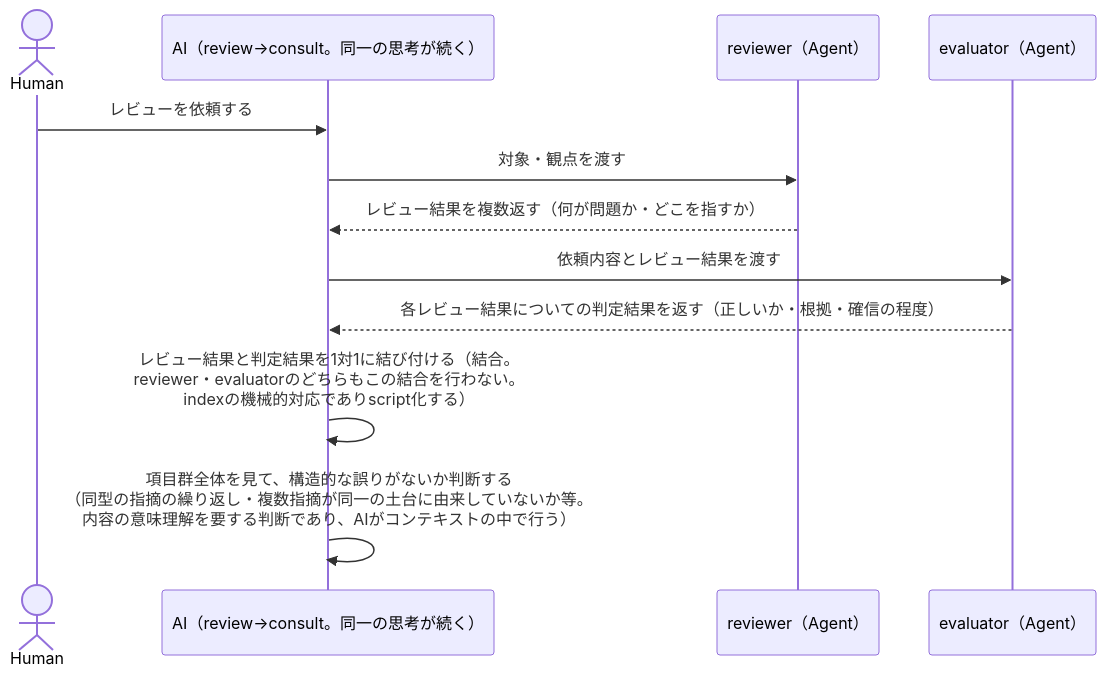
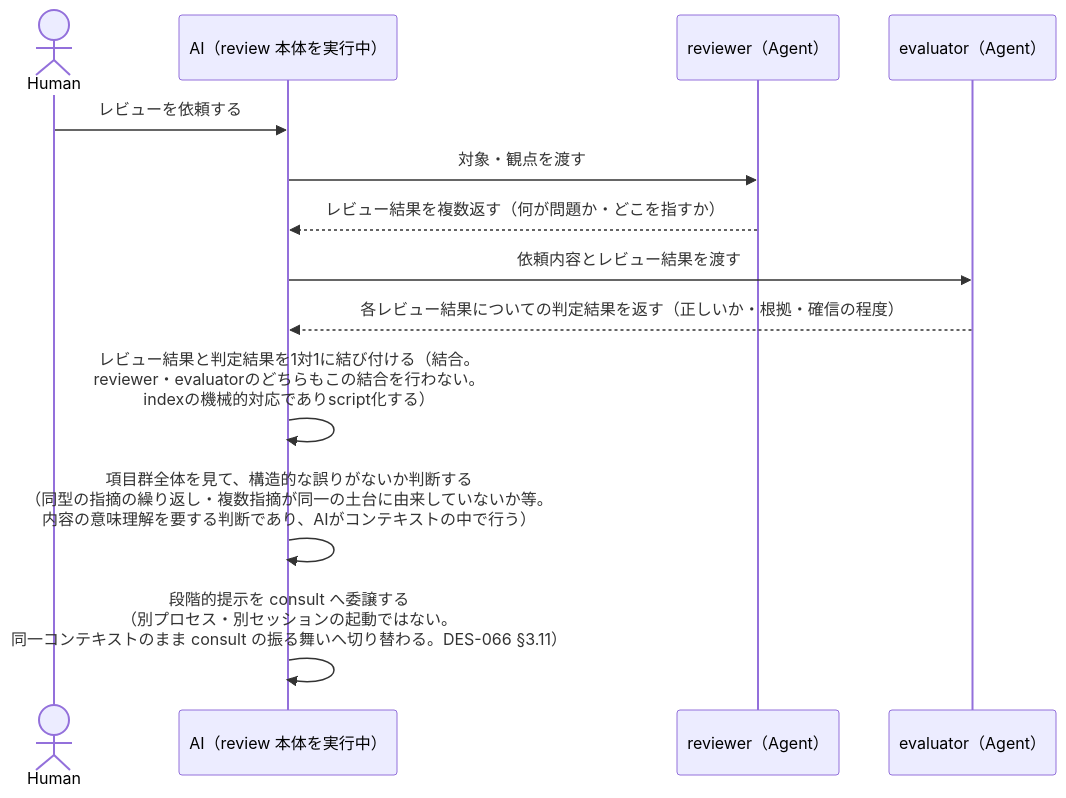
The first of 3 diagrams in docs/specs/consult/design/DES-078_consult_dialogue_flow_design.md (BlueEventHorizon/bw-cc-plugins), drawn with Mermaid before and after one commit. The commit also changed other lines of this file, not shown here.

First line of the commit message:
docs(consult): DES-078のシーケンス図でreview/consultのアクター表現を修正し、同一アクターであることを明確化する

````diff
--- a/docs/specs/consult/design/DES-078_consult_dialogue_flow_design.md
+++ b/docs/specs/consult/design/DES-078_consult_dialogue_flow_design.md
@@ -26,15 +26,16 @@
 ```mermaid
 sequenceDiagram
     actor Human
-    participant AI as AI（review→consult。同一の思考が続く）
+    participant AI as AI（review 本体を実行中）
     participant Reviewer as reviewer（Agent）
     participant Evaluator as evaluator（Agent）
 
     Human->>AI: レビューを依頼する
     AI->>Reviewer: 対象・観点を渡す
     Reviewer-->>AI: レビュー結果を複数返す（何が問題か・どこを指すか）
     AI->>Evaluator: 依頼内容とレビュー結果を渡す
     Evaluator-->>AI: 各レビュー結果についての判定結果を返す（正しいか・根拠・確信の程度）
     AI->>AI: レビュー結果と判定結果を1対1に結び付ける（結合。<br/>reviewer・evaluatorのどちらもこの結合を行わない。<br/>indexの機械的対応でありscript化する）
     AI->>AI: 項目群全体を見て、構造的な誤りがないか判断する<br/>（同型の指摘の繰り返し・複数指摘が同一の土台に由来していないか等。<br/>内容の意味理解を要する判断であり、AIがコンテキストの中で行う）
+    AI->>AI: 段階的提示を consult へ委譲する<br/>（別プロセス・別セッションの起動ではない。<br/>同一コンテキストのまま consult の振る舞いへ切り替わる。DES-066 §3.11）
 ```
````
